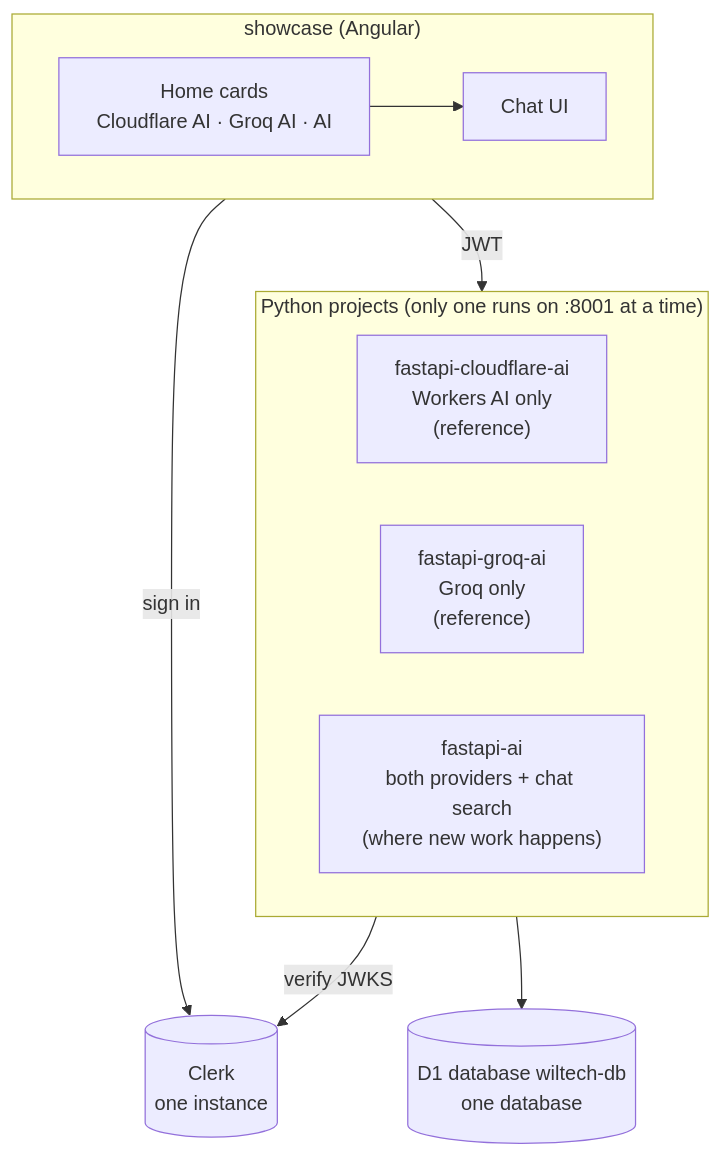
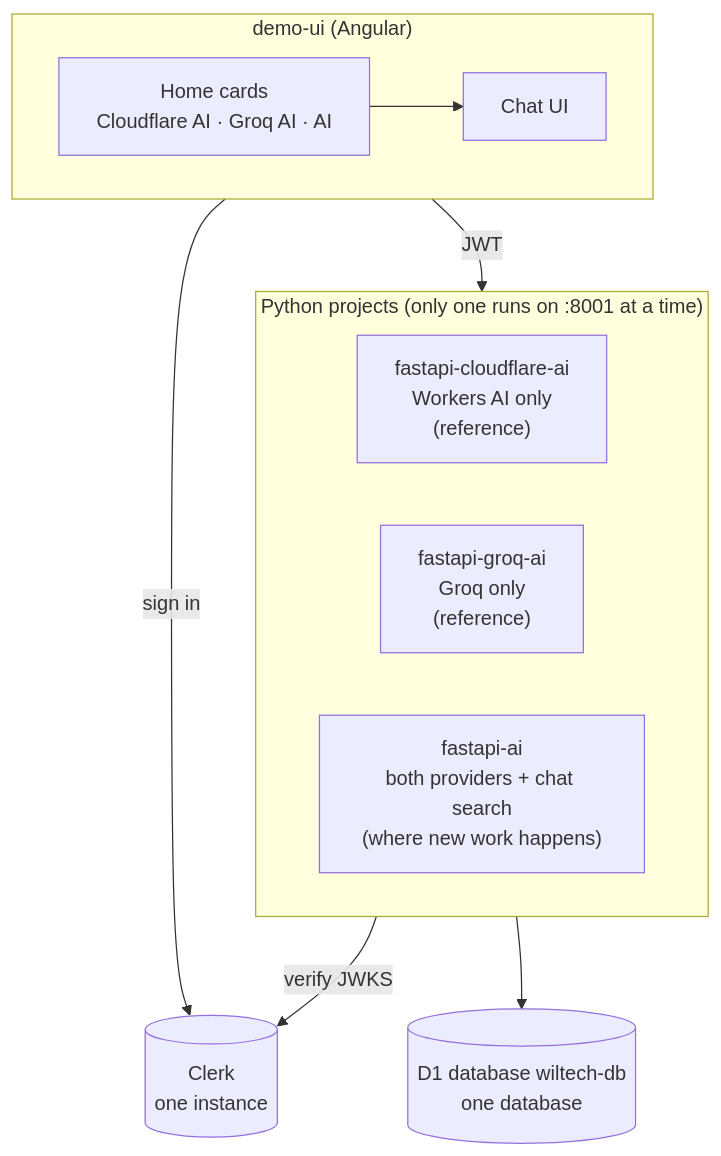
One commit to wilferraciolli/PythonTutorials changed the first of 6 diagrams in Tutorials/fastapi-ai/docs/architecture.md. Above: the diagram before and after it, drawn with Mermaid. The commit also changed other lines of this file and 21 other files, not shown here.

````diff
--- a/Tutorials/fastapi-ai/docs/architecture.md
+++ b/Tutorials/fastapi-ai/docs/architecture.md
@@ -7,22 +7,22 @@
 ```mermaid
 flowchart TB
-    subgraph UI["showcase (Angular)"]
+    subgraph UI["demo-ui (Angular)"]
         Home[Home cards<br/>Cloudflare AI · Groq AI · AI]
         ChatUI[Chat UI]
     end
 
     subgraph Py["Python projects (only one runs on :8001 at a time)"]
         CF["fastapi-cloudflare-ai<br/>Workers AI only<br/>(reference)"]
         GQ["fastapi-groq-ai<br/>Groq only<br/>(reference)"]
         AIP["fastapi-ai<br/>both providers + chat search<br/>(where new work happens)"]
     end
 
     Clerk[(Clerk<br/>one instance)]
     D1[(D1 database wiltech-db<br/>one database)]
 
     Home --> ChatUI
     UI -- JWT --> Py
     UI -- sign in --> Clerk
     Py -- verify JWKS --> Clerk
     Py --> D1
 ```
````
